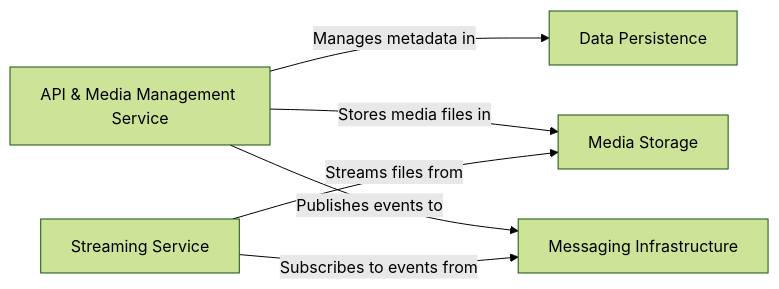
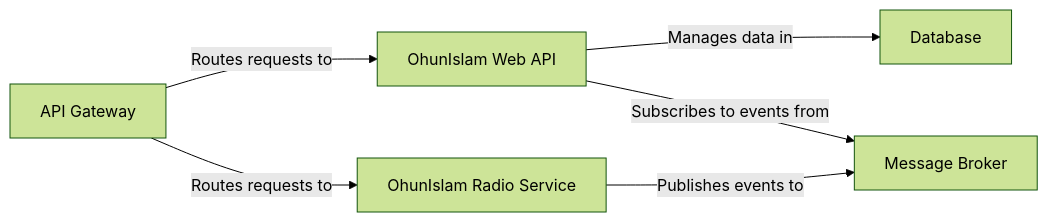
The diagram in OhunIslam/on_boarding.md (CodeBoarding/GeneratedOnBoardings), drawn with Mermaid (forest theme) before and after one commit. The commit also changed other lines of this file and 6 other files, not shown here.

Commit message:
Uploading onboarding materials for OhunIslam

````diff
--- a/OhunIslam/on_boarding.md
+++ b/OhunIslam/on_boarding.md
@@ -1,16 +1,16 @@
 ```mermaid
 graph LR
-    API_Media_Management_Service["API & Media Management Service"]
-    Streaming_Service["Streaming Service"]
-    Data_Persistence["Data Persistence"]
-    Media_Storage["Media Storage"]
-    Messaging_Infrastructure["Messaging Infrastructure"]
-    API_Media_Management_Service -- "Manages metadata in" --> Data_Persistence
-    API_Media_Management_Service -- "Stores media files in" --> Media_Storage
-    API_Media_Management_Service -- "Publishes events to" --> Messaging_Infrastructure
-    Streaming_Service -- "Subscribes to events from" --> Messaging_Infrastructure
-    Streaming_Service -- "Streams files from" --> Media_Storage
-    click API_Media_Management_Service href "https://github.com/CodeBoarding/GeneratedOnBoardings/blob/main/OhunIslam/API_Media_Management_Service.md" "Details"
-    click Streaming_Service href "https://github.com/CodeBoarding/GeneratedOnBoardings/blob/main/OhunIslam/Streaming_Service.md" "Details"
-    click Messaging_Infrastructure href "https://github.com/CodeBoarding/GeneratedOnBoardings/blob/main/OhunIslam/Messaging_Infrastructure.md" "Details"
+    API_Gateway["API Gateway"]
+    OhunIslam_Web_API["OhunIslam Web API"]
+    OhunIslam_Radio_Service["OhunIslam Radio Service"]
+    Database["Database"]
+    Message_Broker["Message Broker"]
+    API_Gateway -- "Routes requests to" --> OhunIslam_Web_API
+    API_Gateway -- "Routes requests to" --> OhunIslam_Radio_Service
+    OhunIslam_Web_API -- "Manages data in" --> Database
+    OhunIslam_Web_API -- "Subscribes to events from" --> Message_Broker
+    OhunIslam_Radio_Service -- "Publishes events to" --> Message_Broker
+    click OhunIslam_Web_API href "https://github.com/CodeBoarding/GeneratedOnBoardings/blob/main/OhunIslam/OhunIslam_Web_API.md" "Details"
+    click Database href "https://github.com/CodeBoarding/GeneratedOnBoardings/blob/main/OhunIslam/Database.md" "Details"
+    click Message_Broker href "https://github.com/CodeBoarding/GeneratedOnBoardings/blob/main/OhunIslam/Message_Broker.md" "Details"
 ```
````
